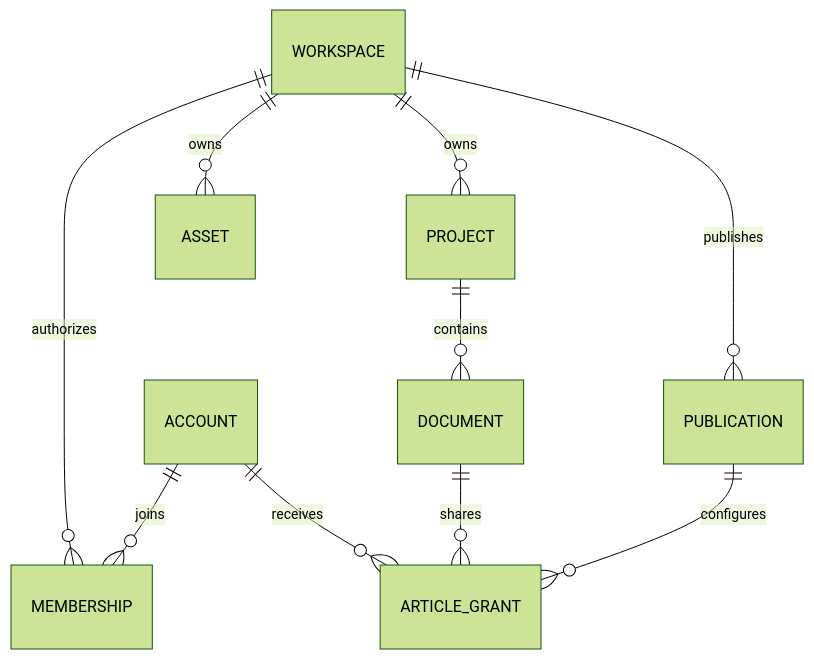
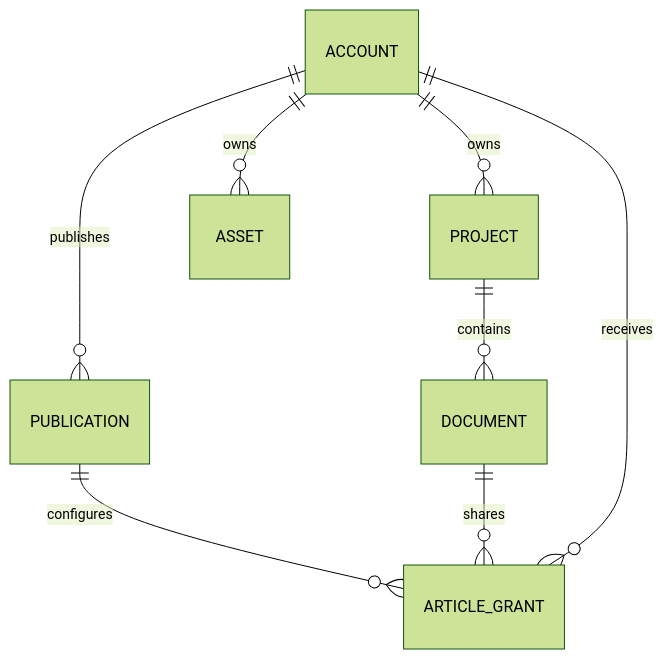
One commit to EmiyaredA/Future-Props-Lab changed the diagram in web/src/features/thought-workshop/official/content/technical/identity.md. Above: the diagram before and after it, drawn with Mermaid (forest theme). The commit also changed other lines of this file and 721 other files, not shown here.

````diff
--- a/web/src/features/thought-workshop/official/content/technical/identity.md
+++ b/web/src/features/thought-workshop/official/content/technical/identity.md
@@ -23,12 +23,10 @@
 ```mermaid
 erDiagram
-  ACCOUNT ||--o{ MEMBERSHIP : joins
-  WORKSPACE ||--o{ MEMBERSHIP : authorizes
-  WORKSPACE ||--o{ PROJECT : owns
+  ACCOUNT ||--o{ PROJECT : owns
   PROJECT ||--o{ DOCUMENT : contains
-  WORKSPACE ||--o{ ASSET : owns
-  WORKSPACE ||--o{ PUBLICATION : publishes
+  ACCOUNT ||--o{ ASSET : owns
+  ACCOUNT ||--o{ PUBLICATION : publishes
   PUBLICATION ||--o{ ARTICLE_GRANT : configures
   DOCUMENT ||--o{ ARTICLE_GRANT : shares
   ACCOUNT ||--o{ ARTICLE_GRANT : receives
 ```
````
